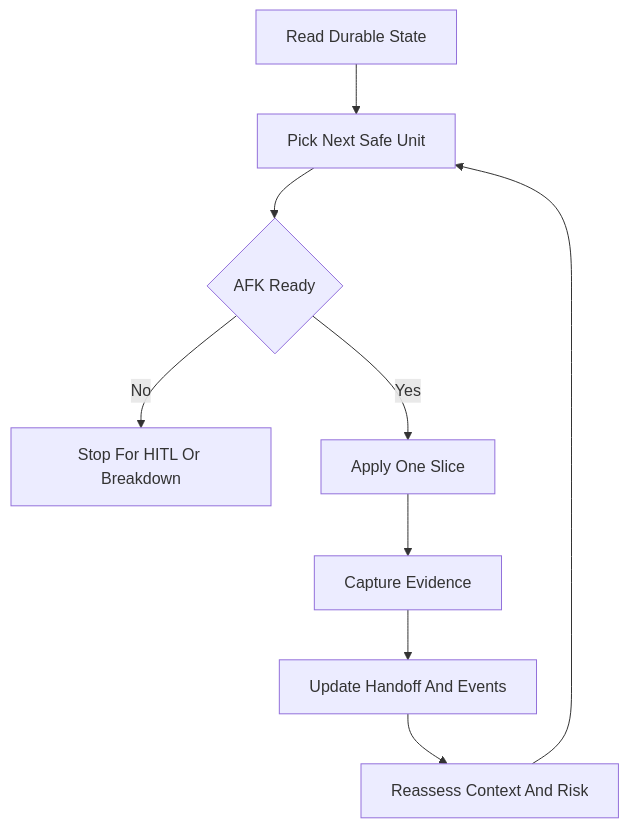
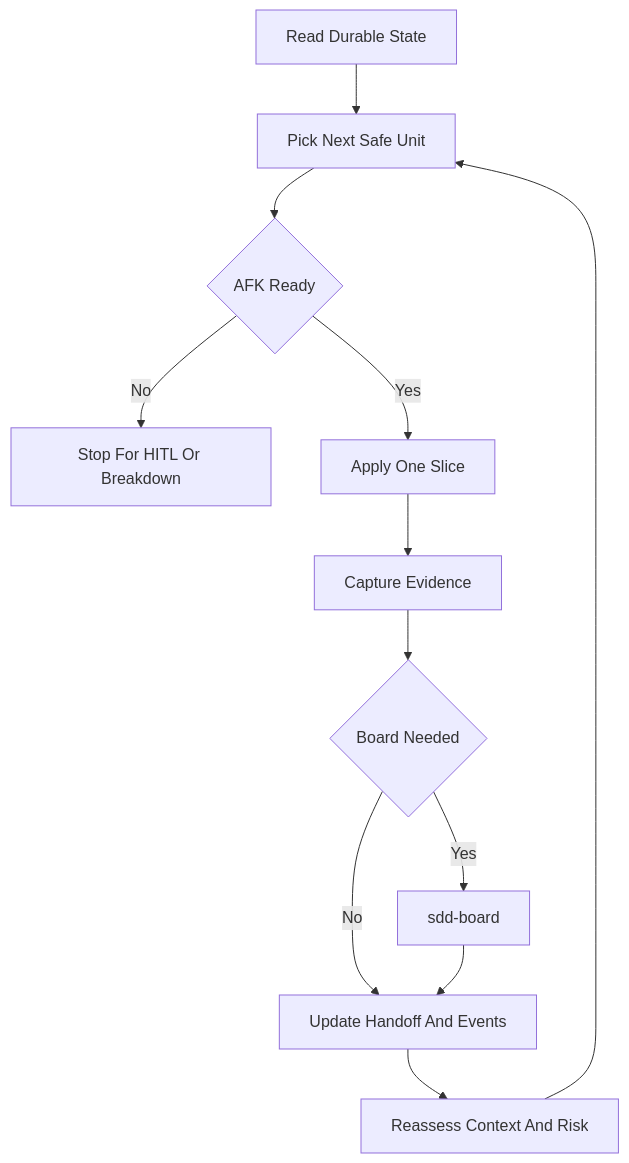
The second of 3 diagrams in docs/02-workflow-usage.md (devopstales/aiskillgrid), drawn with Mermaid before and after one commit. The commit also changed other lines of this file and 9 other files, not shown here.

````diff
--- a/docs/02-workflow-usage.md
+++ b/docs/02-workflow-usage.md
@@ -206,11 +212,14 @@
 ```mermaid
 flowchart TD
   State[Read Durable State] --> Pick[Pick Next Safe Unit]
   Pick --> Gate{AFK Ready}
   Gate -->|No| Stop[Stop For HITL Or Breakdown]
   Gate -->|Yes| Apply[Apply One Slice]
   Apply --> Evidence[Capture Evidence]
-  Evidence --> Update[Update Handoff And Events]
+  Evidence --> BoardNeed{Board Needed}
+  BoardNeed -->|Yes| Board[sdd-board]
+  BoardNeed -->|No| Update[Update Handoff And Events]
+  Board --> Update
   Update --> Reassess[Reassess Context And Risk]
   Reassess --> Pick
 ```
````
